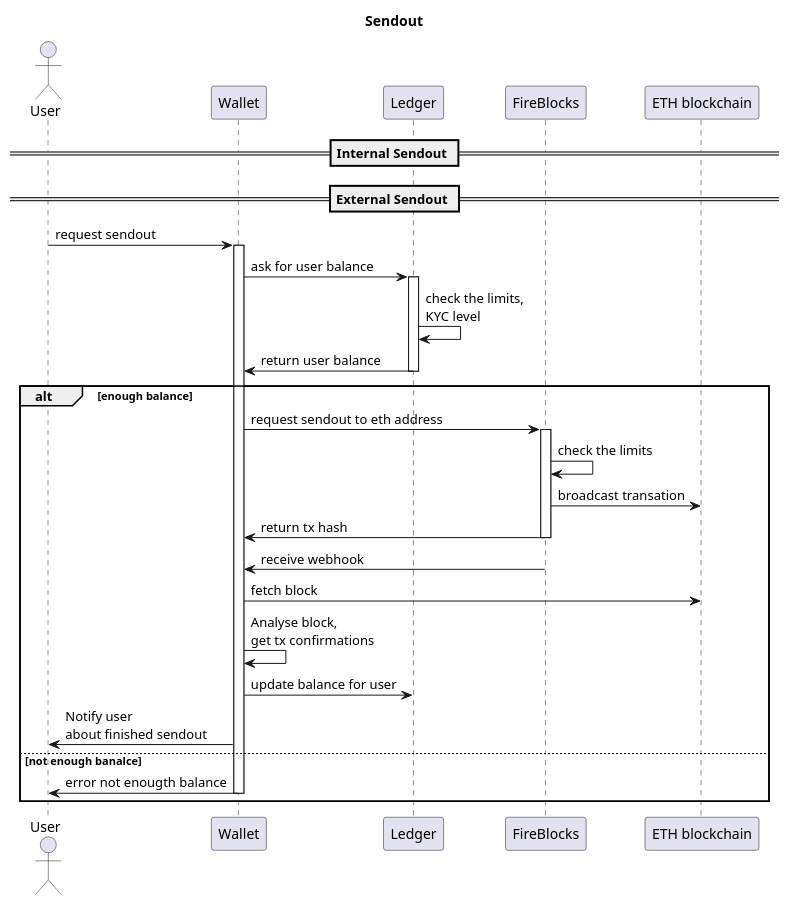
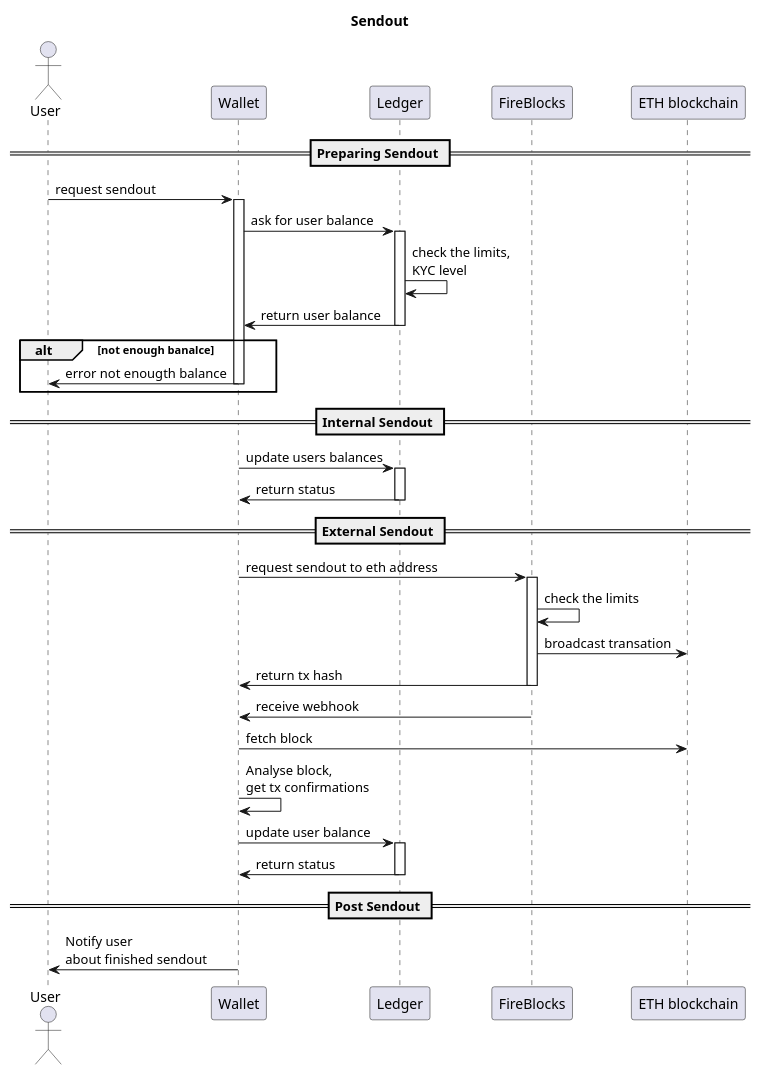
Before and after one commit to localtradersteam/Sequense-Diagrams: the diagram in sendout_sequence.puml, drawn with PlantUML. The commit also changed 6 other files, not shown here.

```diff
--- a/sendout_sequence.puml
+++ b/sendout_sequence.puml
@@ -1,37 +1,40 @@
 @startuml
 
 title "Sendout"
 
 actor "User" as u
 
 participant "Wallet" as wallet
 participant "Ledger" as ledger
 participant "FireBlocks" as fb
 participant "ETH blockchain" as eb
 
-
-== Internal Sendout ==
-
-
-== External Sendout ==
+== Preparing Sendout ==
 u -> wallet ++: request sendout
 wallet -> ledger++: ask for user balance
 ledger -> ledger : check the limits,\nKYC level
 ledger -> wallet--: return user balance
+alt not enough banalce
+wallet -> u--: error not enougth balance
+end group
 
-alt enough balance
+== Internal Sendout ==
+wallet -> ledger++: update users balances
+ledger -> wallet--: return status
+
+== External Sendout ==
 wallet -> fb++: request sendout to eth address
 fb -> fb : check the limits
 fb -> eb: broadcast transation
 fb -> wallet--: return tx hash
 
 fb -> wallet: receive webhook
 wallet -> eb: fetch block
 wallet -> wallet: Analyse block,\nget tx confirmations
-wallet -> ledger: update balance for user
+wallet -> ledger++: update user balance
+ledger -> wallet--: return status
+
+== Post Sendout ==
 wallet -> u: Notify user\nabout finished sendout
-else not enough banalce
-wallet -> u--: error not enougth balance
-end group
 
 @enduml
```
